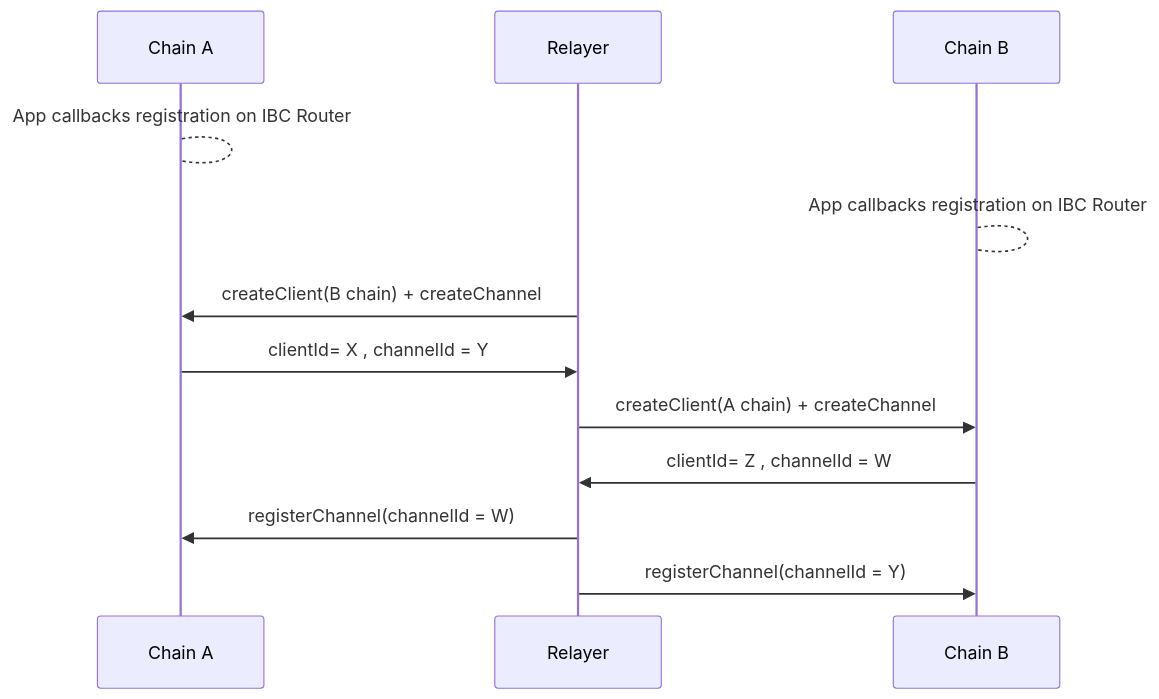
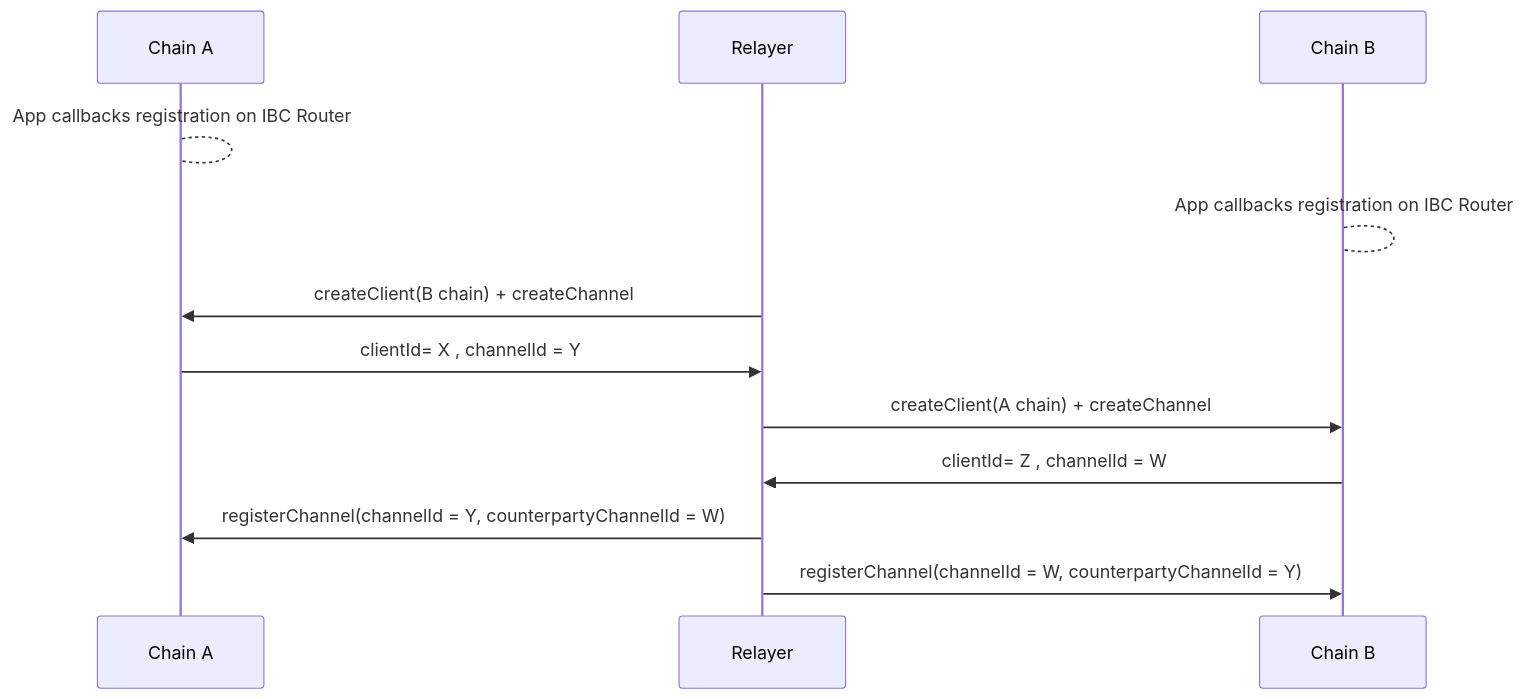
Before and after one commit to cosmos/ibc: the first of 3 diagrams in spec/core/v2/ics-004-packet-semantics/README.md, drawn with Mermaid. The commit also changed other lines of this file and 1 other file, not shown here.

````diff
--- a/spec/core/v2/ics-004-packet-semantics/README.md
+++ b/spec/core/v2/ics-004-packet-semantics/README.md
@@ -256,14 +256,14 @@
 ```mermaid
 sequenceDiagram  
     Participant Chain A
     Participant Relayer 
     Participant Chain B
     Chain A --> Chain A: App callbacks registration on IBC Router
     Chain B --> Chain B: App callbacks registration on IBC Router
     Relayer ->> Chain A : createClient(B chain) + createChannel
     Chain A ->> Relayer : clientId= X , channelId = Y
     Relayer ->> Chain B : createClient(A chain) + createChannel
     Chain B ->> Relayer : clientId= Z , channelId = W
-    Relayer ->> Chain A : registerChannel(channelId = W)
-    Relayer ->> Chain B : registerChannel(channelId = Y) 
+    Relayer ->> Chain A : registerChannel(channelId = Y, counterpartyChannelId = W)
+    Relayer ->> Chain B : registerChannel(channelId = W, counterpartyChannelId = Y) 
 ```
````
